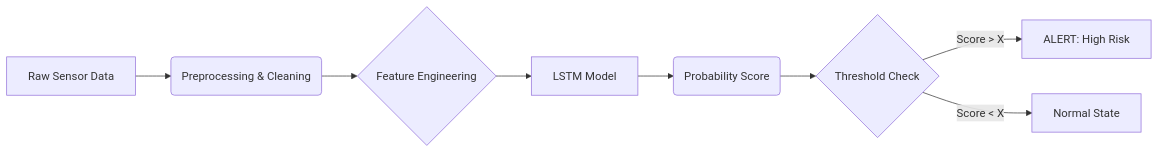
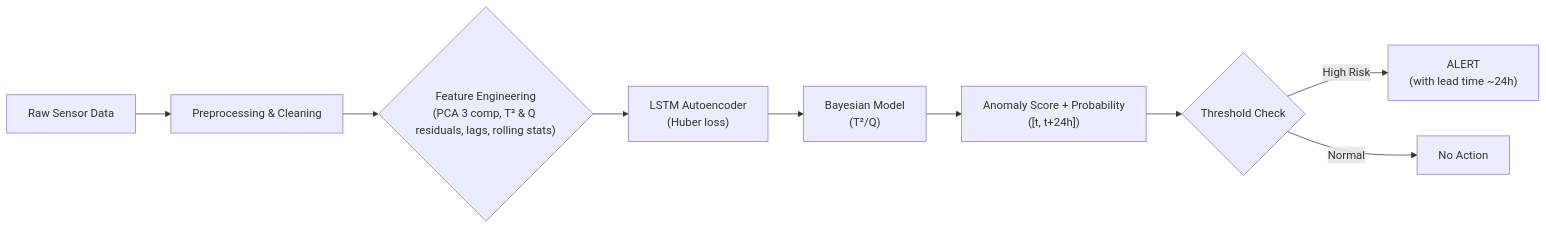
Before and after one commit to Xenox-developer/MLSysDes: the second of 2 diagrams in docs/ml_system_design_doc.md, drawn with Mermaid. The commit also changed other lines of this file, not shown here.

````diff
--- a/docs/ml_system_design_doc.md
+++ b/docs/ml_system_design_doc.md
@@ -48,10 +261,11 @@
 ```mermaid
 graph LR
-    A[Raw Sensor Data] --> B(Preprocessing & Cleaning);
-    B --> C{Feature Engineering};
-    C --> D[LSTM Model];
-    D --> E(Probability Score);
-    E --> F{Threshold Check};
-    F -- Score > X --> G[ALERT: High Risk];
-    F -- Score < X --> H[Normal State];
+    A["Raw Sensor Data"] --> B["Preprocessing & Cleaning"]
+    B --> C{"Feature Engineering<br>(PCA 3 comp, T² & Q residuals, lags, rolling stats)"}
+    C --> D["LSTM Autoencoder<br>(Huber loss)"]
+    D --> E["Bayesian Model<br>(T²/Q)"]
+    E --> F["Anomaly Score + Probability<br>([t, t+24h])"]
+    F --> G{Threshold Check}
+    G -- High Risk --> H["ALERT<br>(with lead time ~24h)"]
+    G -- Normal --> I[No Action]
 ```
````
